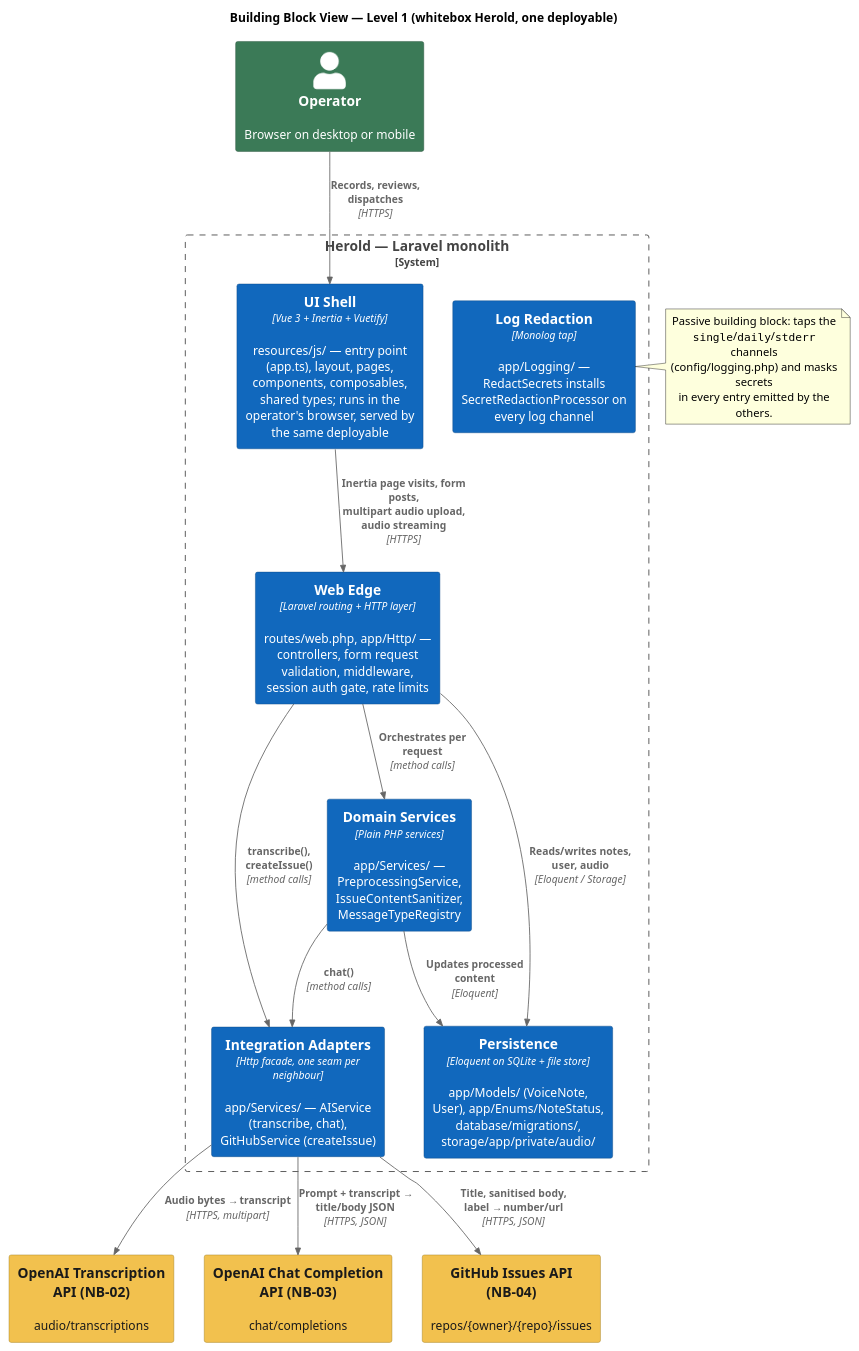
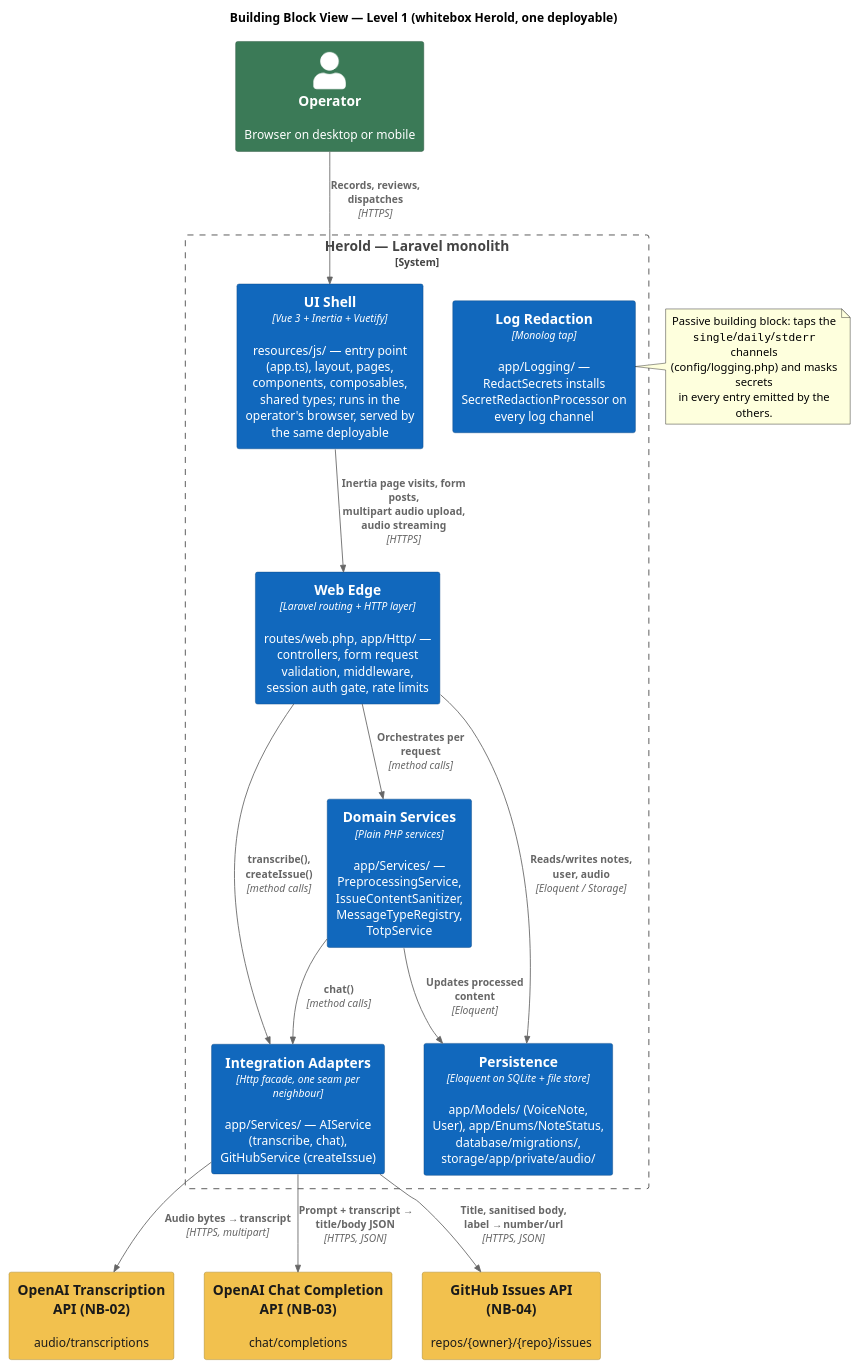
Before and after one commit to carstenlucke/herold: the diagram in docs/arch/diagrams/a05-building-blocks.plantuml, drawn with PlantUML. The commit also changed 31 other files, not shown here.

First line of the commit message:
refactor(auth): extract TOTP into a dedicated service (#58)

```diff
--- a/docs/arch/diagrams/a05-building-blocks.plantuml
+++ b/docs/arch/diagrams/a05-building-blocks.plantuml
@@ -1,47 +1,47 @@
 @startuml a05-building-blocks
 !include https://raw.githubusercontent.com/plantuml-stdlib/C4-PlantUML/master/C4_Component.puml
 
 ' Same palette as a03-technical-context: internal = blue accent,
 ' external = amber, person = green.
 UpdateElementStyle("component", $bgColor="#1168BD", $fontColor="#FFFFFF", $borderColor="#0B4884")
 UpdateElementStyle("external_system", $bgColor="#F2C14E", $fontColor="#1A1A1A", $borderColor="#9C7A1A")
 UpdateElementStyle("person", $bgColor="#3B7A57", $fontColor="#FFFFFF", $borderColor="#26513A")
 
 HIDE_STEREOTYPE()
 
 title Building Block View — Level 1 (whitebox Herold, one deployable)
 
 Person(operator, "Operator", "Browser on desktop or mobile")
 
 System_Boundary(herold, "Herold — Laravel monolith") {
   Component(ui, "UI Shell", "Vue 3 + Inertia + Vuetify", "resources/js/ — entry point (app.ts), layout, pages, components, composables, shared types; runs in the operator's browser, served by the same deployable")
   Component(edge, "Web Edge", "Laravel routing + HTTP layer", "routes/web.php, app/Http/ — controllers, form request validation, middleware, session auth gate, rate limits")
-  Component(domain, "Domain Services", "Plain PHP services", "app/Services/ — PreprocessingService, IssueContentSanitizer, MessageTypeRegistry")
+  Component(domain, "Domain Services", "Plain PHP services", "app/Services/ — PreprocessingService, IssueContentSanitizer, MessageTypeRegistry, TotpService")
   Component(adapters, "Integration Adapters", "Http facade, one seam per neighbour", "app/Services/ — AIService (transcribe, chat), GitHubService (createIssue)")
   Component(persistence, "Persistence", "Eloquent on SQLite + file store", "app/Models/ (VoiceNote, User), app/Enums/NoteStatus, database/migrations/, storage/app/private/audio/")
   Component(logging, "Log Redaction", "Monolog tap", "app/Logging/ — RedactSecrets installs SecretRedactionProcessor on every log channel")
 }
 
 System_Ext(whisper, "OpenAI Transcription API (NB-02)", "audio/transcriptions")
 System_Ext(chat, "OpenAI Chat Completion API (NB-03)", "chat/completions")
 System_Ext(github, "GitHub Issues API (NB-04)", "repos/{owner}/{repo}/issues")
 
 Rel(operator, ui, "Records, reviews, dispatches", "HTTPS")
 Rel(ui, edge, "Inertia page visits, form posts,\nmultipart audio upload, audio streaming", "HTTPS")
 Rel(edge, domain, "Orchestrates per request", "method calls")
 Rel(edge, adapters, "transcribe(), createIssue()", "method calls")
 Rel(domain, adapters, "chat()", "method calls")
 Rel(edge, persistence, "Reads/writes notes, user, audio", "Eloquent / Storage")
 Rel(domain, persistence, "Updates processed content", "Eloquent")
 Rel(adapters, whisper, "Audio bytes → transcript", "HTTPS, multipart")
 Rel(adapters, chat, "Prompt + transcript → title/body JSON", "HTTPS, JSON")
 Rel(adapters, github, "Title, sanitised body, label → number/url", "HTTPS, JSON")
 
 note right of logging
   Passive building block: taps the
   ""single""/""daily""/""stderr"" channels
   (config/logging.php) and masks secrets
   in every entry emitted by the others.
 end note
 
 @enduml
```
